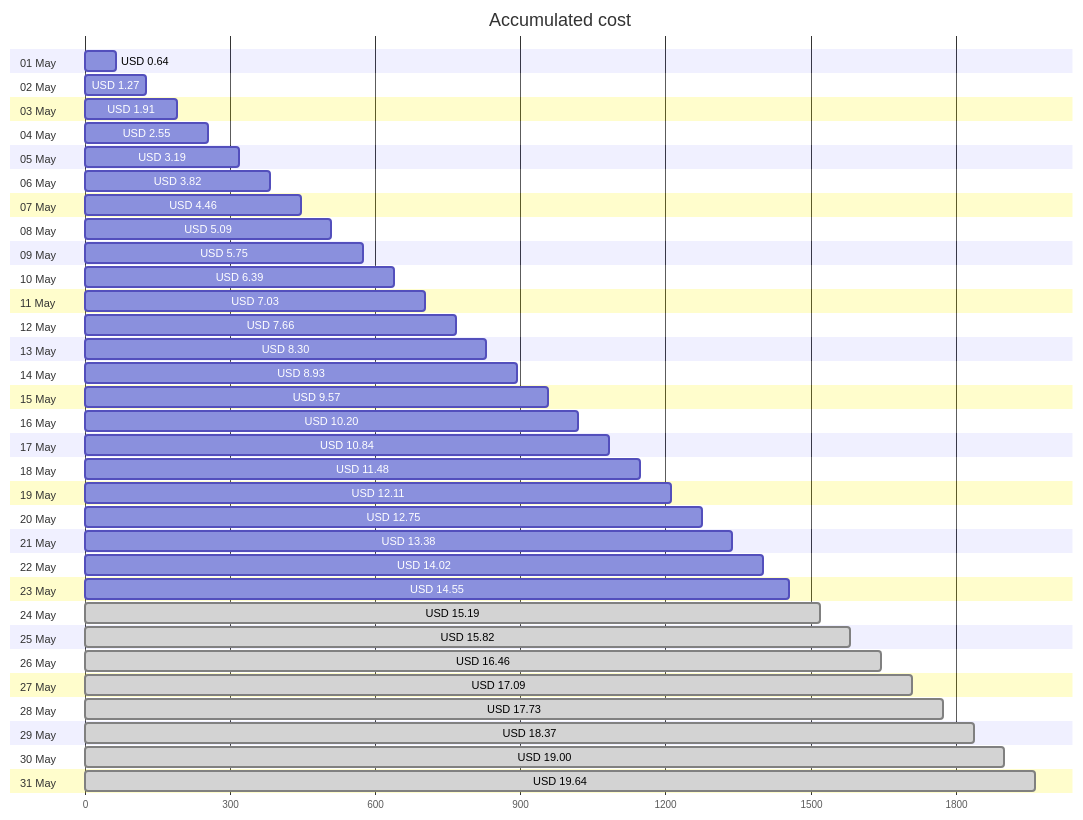
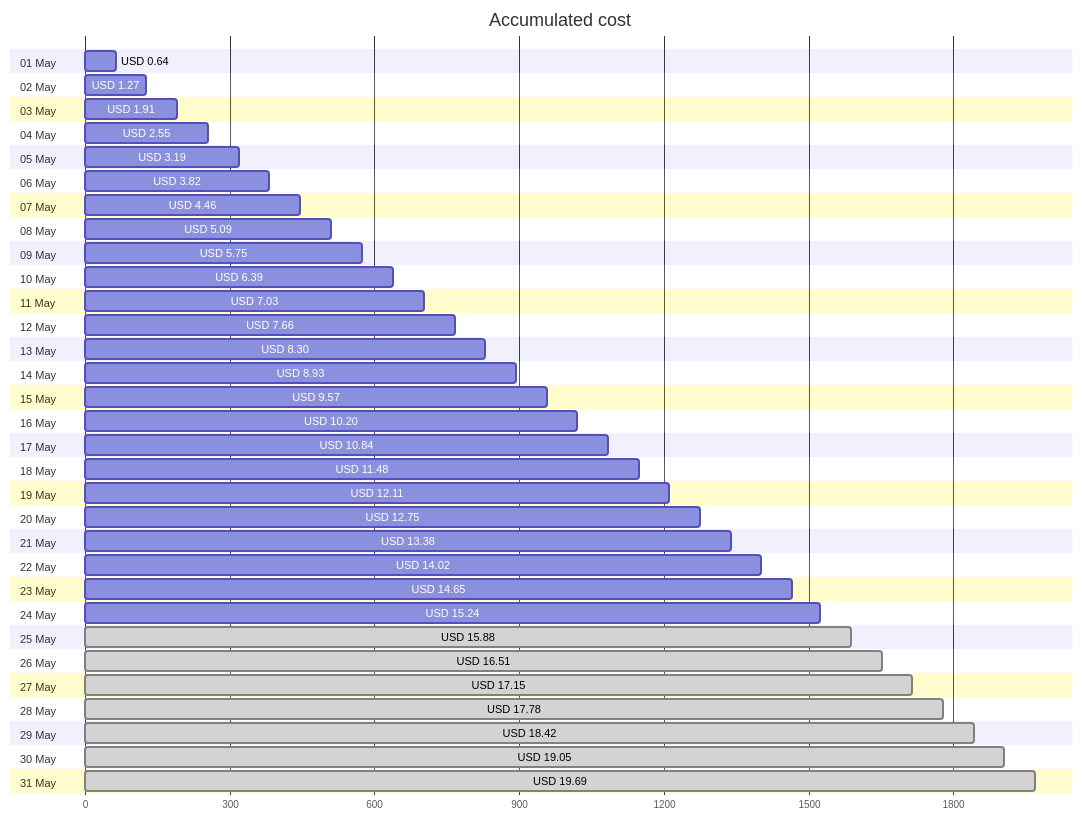
One commit to jpfulton/azure-personal-reports changed the first of 4 diagrams in cost-reports/accumulated-cost.md. Above: the diagram before and after it, drawn with Mermaid. The commit also changed other lines of this file and 4 other files, not shown here.

````diff
--- a/cost-reports/accumulated-cost.md
+++ b/cost-reports/accumulated-cost.md
@@ -20,68 +20,68 @@
 ```mermaid
 gantt
    title Accumulated cost
    dateFormat  X
    axisFormat %s
    section 01 May
    USD 0.64 :0, 64
    section 02 May
    USD 1.27 :0, 127
    section 03 May
    USD 1.91 :0, 191
    section 04 May
    USD 2.55 :0, 255
    section 05 May
    USD 3.19 :0, 319
    section 06 May
    USD 3.82 :0, 382
    section 07 May
    USD 4.46 :0, 446
    section 08 May
    USD 5.09 :0, 509
    section 09 May
    USD 5.75 :0, 575
    section 10 May
    USD 6.39 :0, 639
    section 11 May
    USD 7.03 :0, 703
    section 12 May
    USD 7.66 :0, 766
    section 13 May
    USD 8.30 :0, 830
    section 14 May
    USD 8.93 :0, 893
    section 15 May
    USD 9.57 :0, 957
    section 16 May
    USD 10.20 :0, 1020
    section 17 May
    USD 10.84 :0, 1084
    section 18 May
    USD 11.48 :0, 1148
    section 19 May
    USD 12.11 :0, 1211
    section 20 May
    USD 12.75 :0, 1275
    section 21 May
    USD 13.38 :0, 1338
    section 22 May
    USD 14.02 :0, 1402
    section 23 May
-   USD 14.55 :0, 1455
+   USD 14.65 :0, 1465
    section 24 May
-   USD 15.19 : done, 0, 1519
+   USD 15.24 :0, 1524
    section 25 May
-   USD 15.82 : done, 0, 1582
+   USD 15.88 : done, 0, 1588
    section 26 May
-   USD 16.46 : done, 0, 1646
+   USD 16.51 : done, 0, 1651
    section 27 May
-   USD 17.09 : done, 0, 1709
+   USD 17.15 : done, 0, 1715
    section 28 May
-   USD 17.73 : done, 0, 1773
+   USD 17.78 : done, 0, 1778
    section 29 May
-   USD 18.37 : done, 0, 1837
+   USD 18.42 : done, 0, 1842
    section 30 May
-   USD 19.00 : done, 0, 1900
+   USD 19.05 : done, 0, 1905
    section 31 May
-   USD 19.64 : done, 0, 1964
+   USD 19.69 : done, 0, 1969
 ```
````
